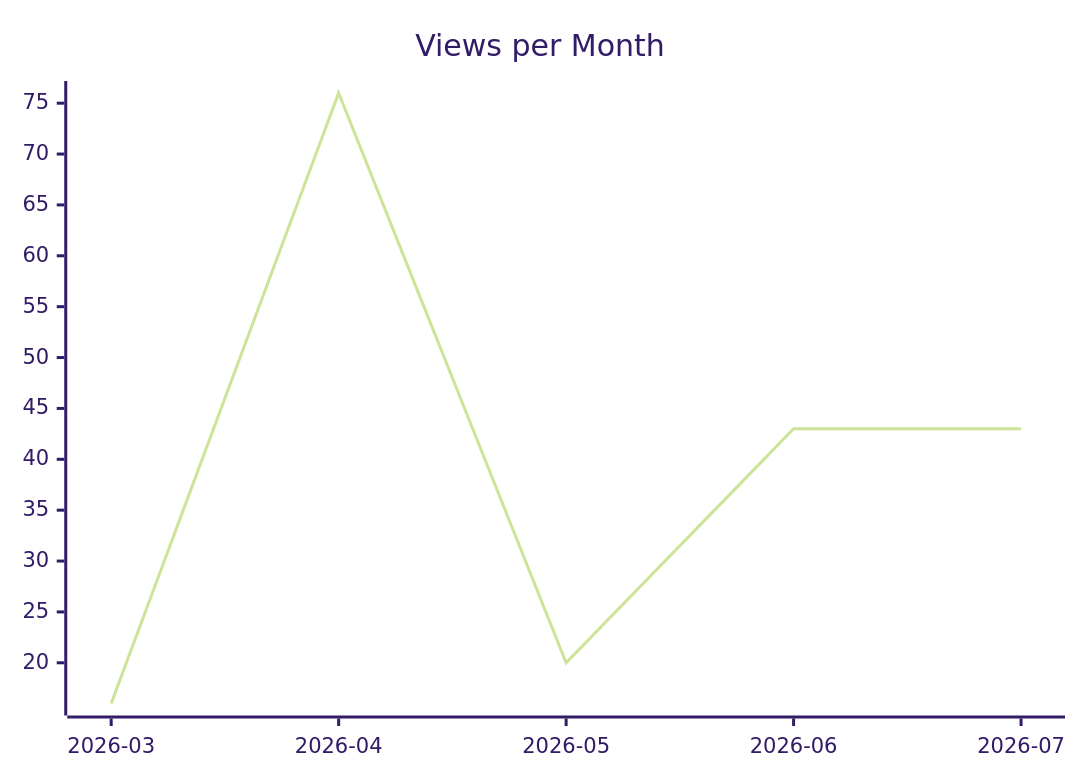
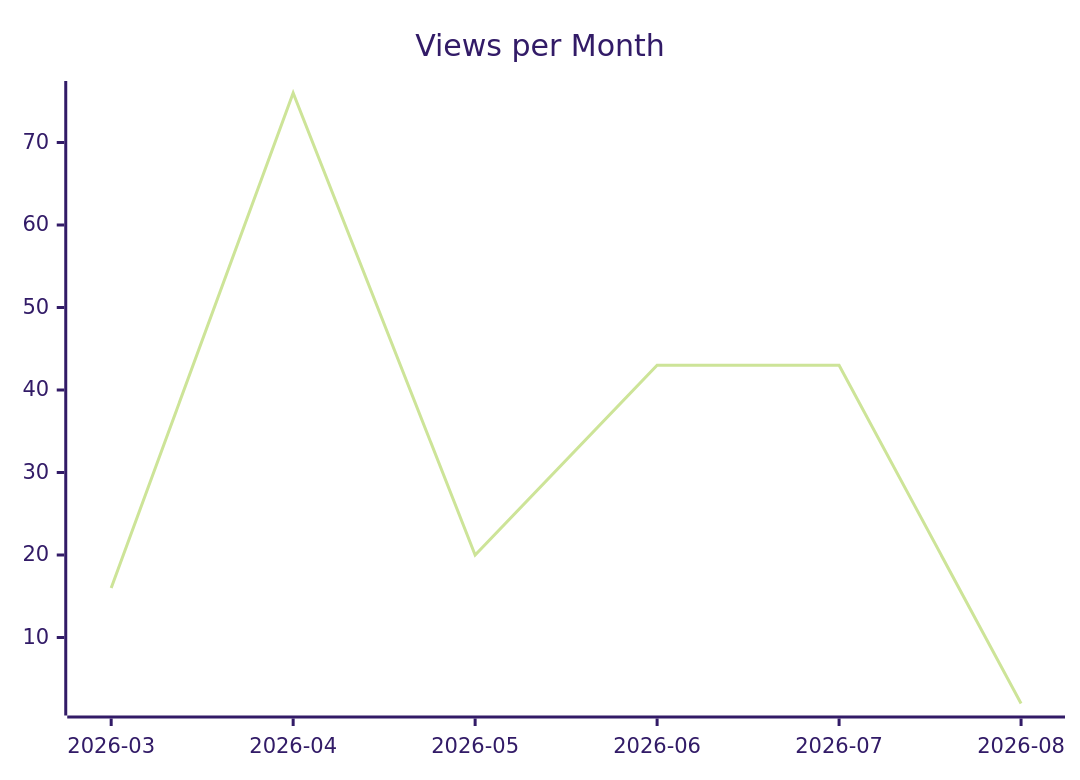
One commit to justdavis-family/github-analytics-data changed the second of 3 diagrams in karlmdavis/ksoap2-android/README.md. Above: the diagram before and after it, drawn with Mermaid (forest theme). The commit also changed other lines of this file and 180 other files, not shown here.

````diff
--- a/karlmdavis/ksoap2-android/README.md
+++ b/karlmdavis/ksoap2-android/README.md
@@ -12,6 +12,6 @@
 ```mermaid
 xychart-beta
   title "Views per Month"
-  x-axis ["2026-03", "2026-04", "2026-05", "2026-06", "2026-07"]
-  line [16, 76, 20, 43, 43]
+  x-axis ["2026-03", "2026-04", "2026-05", "2026-06", "2026-07", "2026-08"]
+  line [16, 76, 20, 43, 43, 2]
 ```
````
